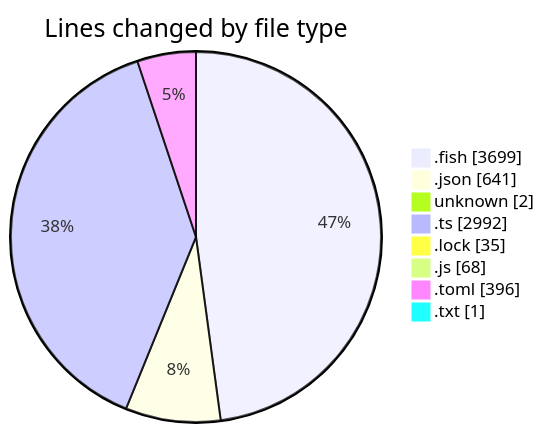
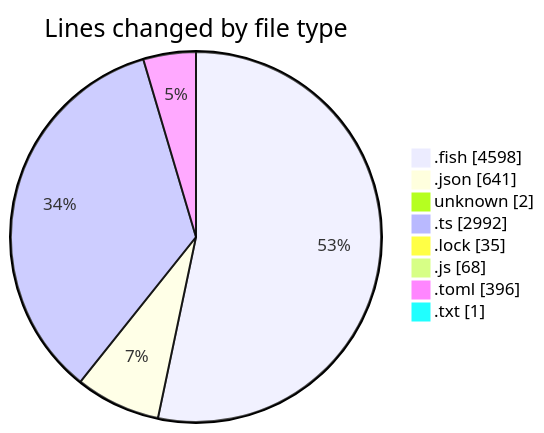
The first of 2 diagrams in 2025-07-12/fish/README.md (EIIisD/code-tracking), drawn with Mermaid before and after one commit. The commit also changed other lines of this file and 1 other file, not shown here.

````diff
--- a/2025-07-12/fish/README.md
+++ b/2025-07-12/fish/README.md
@@ -188,12 +203,12 @@
 ```mermaid
 pie showData
 title Lines changed by file type
-".fish" : 3699
+".fish" : 4598
 ".json" : 641
 "unknown" : 2
 ".ts" : 2992
 ".lock" : 35
 ".js" : 68
 ".toml" : 396
 ".txt" : 1
 ```
````
